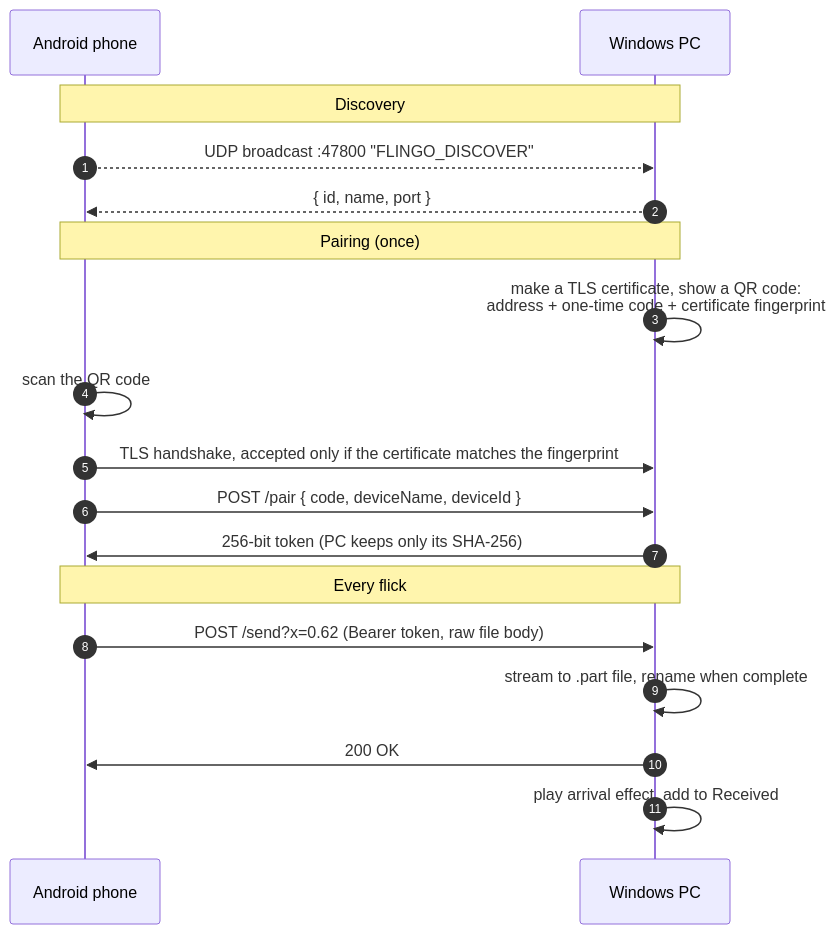
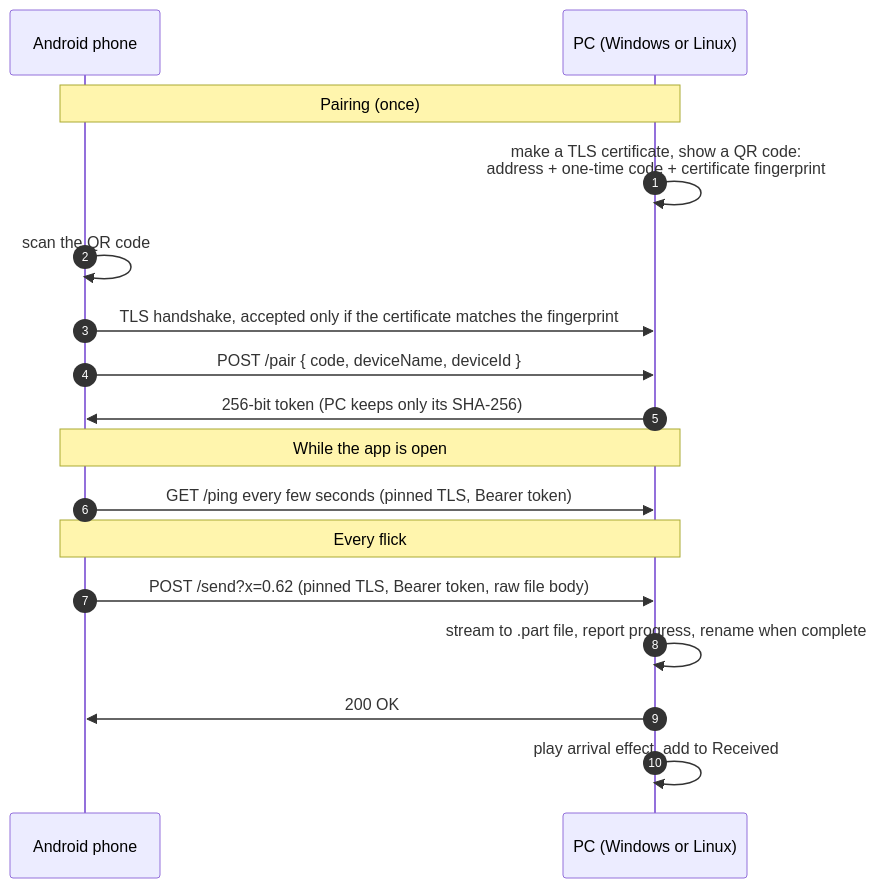
One commit to lumidren/Windows-copy-move-tool- changed the diagram in README.md. Above: the diagram before and after it, drawn with Mermaid. The commit also changed other lines of this file, not shown here.

````diff
--- a/README.md
+++ b/README.md
@@ -126,23 +126,22 @@
 ```mermaid
 sequenceDiagram
     autonumber
     participant P as Android phone
-    participant W as Windows PC
-
-    Note over P,W: Discovery
-    P-->>W: UDP broadcast :47800 "FLINGO_DISCOVER"
-    W-->>P: { id, name, port }
+    participant W as PC (Windows or Linux)
 
     Note over P,W: Pairing (once)
     W->>W: make a TLS certificate, show a QR code:<br/>address + one-time code + certificate fingerprint
     P->>P: scan the QR code
     P->>W: TLS handshake, accepted only if the certificate matches the fingerprint
     P->>W: POST /pair { code, deviceName, deviceId }
     W->>P: 256-bit token (PC keeps only its SHA-256)
 
+    Note over P,W: While the app is open
+    P->>W: GET /ping every few seconds (pinned TLS, Bearer token)
+
     Note over P,W: Every flick
-    P->>W: POST /send?x=0.62 (Bearer token, raw file body)
-    W->>W: stream to .part file, rename when complete
+    P->>W: POST /send?x=0.62 (pinned TLS, Bearer token, raw file body)
+    W->>W: stream to .part file, report progress, rename when complete
     W->>P: 200 OK
     W->>W: play arrival effect, add to Received
 ```
````
